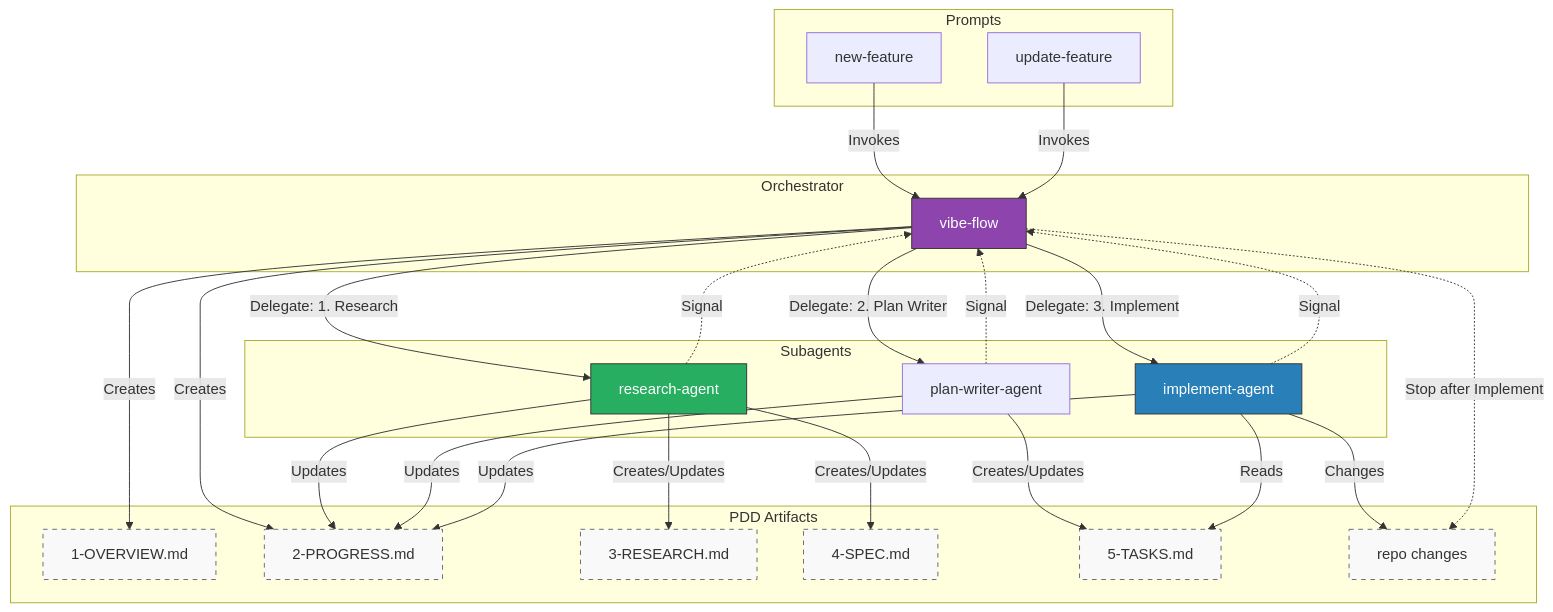
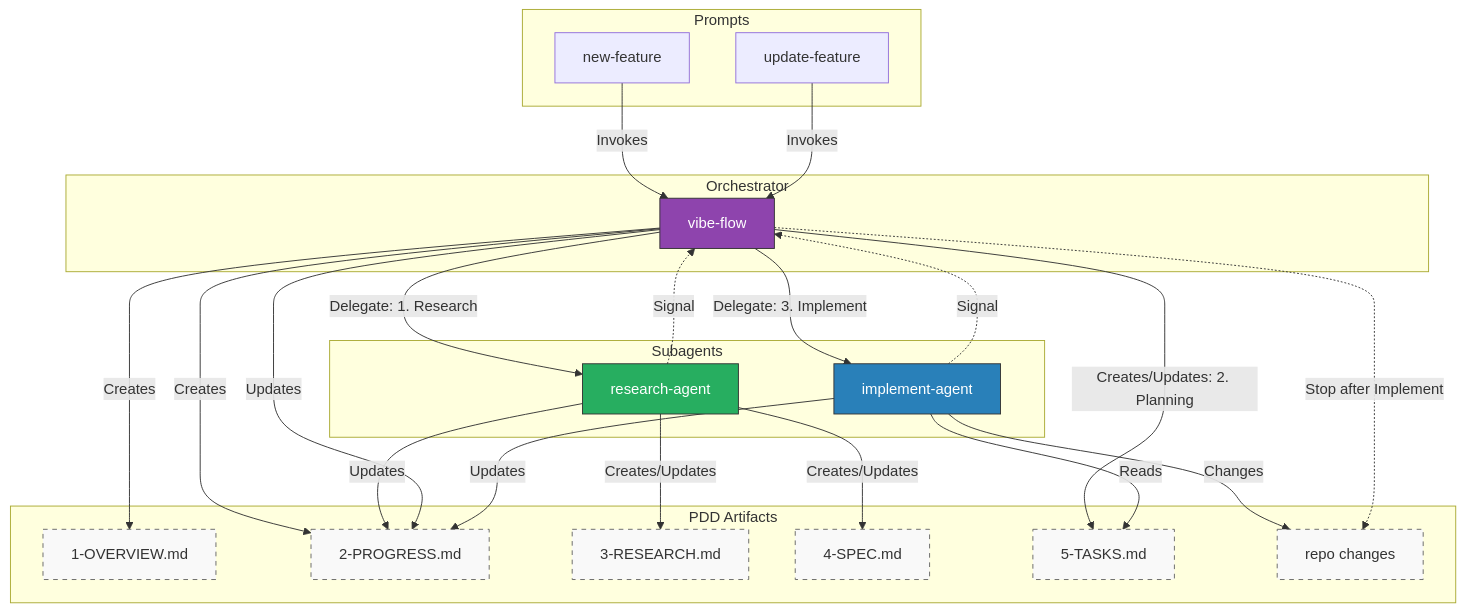
One commit to sammykumar/vibe-flow-agent-orchestrator changed the first of 2 diagrams in README.md. Above: the diagram before and after it, drawn with Mermaid. The commit also changed other lines of this file and 10 other files, not shown here.

Commit message:
📝 Update documentation and templates: replace references to plan-writer with orchestrator planning, clarify orchestration roles, and update version to 3.2.0.

````diff
--- a/README.md
+++ b/README.md
@@ -23,62 +23,59 @@
 ```mermaid
 graph TD
     subgraph "Prompts"
         NF[new-feature]
         UF[update-feature]
     end
 
     subgraph "Orchestrator"
         VF[vibe-flow]
     end
 
     subgraph "Subagents"
         RA[research-agent]
-        PW[plan-writer-agent]
         IA[implement-agent]
     end
 
     subgraph "PDD Artifacts"
         F1[1-OVERVIEW.md]
         F2[2-PROGRESS.md]
         F3[3-RESEARCH.md]
         F4[4-SPEC.md]
         F5[5-TASKS.md]
         CODE[repo changes]
     end
 
     NF & UF -->|Invokes| VF
 
     %% Orchestrator inits
     VF -->|Creates| F1
     VF -->|Creates| F2
 
     VF -->|Delegate: 1. Research| RA
     RA -->|Creates/Updates| F3
     RA -->|Creates/Updates| F4
     RA -->|Updates| F2
     RA -.->|Signal| VF
 
-    VF -->|Delegate: 2. Plan Writer| PW
-    PW -->|Creates/Updates| F5
-    PW -->|Updates| F2
-    PW -.->|Signal| VF
+    VF -->|Creates/Updates: 2. Planning| F5
+    VF -->|Updates| F2
 
     VF -->|Delegate: 3. Implement| IA
     IA -->|Reads| F5
     IA -->|Updates| F2
     IA -->|Changes| CODE
     IA -.->|Signal| VF
 
     VF -.->|Stop after Implement| CODE
 
     style VF fill:#8e44ad,stroke:#333,color:#fff
     style RA fill:#27ae60,stroke:#333,color:#fff
     style IA fill:#2980b9,stroke:#333,color:#fff
 
     style F1 fill:#f9f9f9,stroke:#666,stroke-dasharray: 5 5
     style F2 fill:#f9f9f9,stroke:#666,stroke-dasharray: 5 5
     style F3 fill:#f9f9f9,stroke:#666,stroke-dasharray: 5 5
     style F4 fill:#f9f9f9,stroke:#666,stroke-dasharray: 5 5
     style F5 fill:#f9f9f9,stroke:#666,stroke-dasharray: 5 5
     style CODE fill:#f9f9f9,stroke:#666,stroke-dasharray: 5 5
 ```
````
